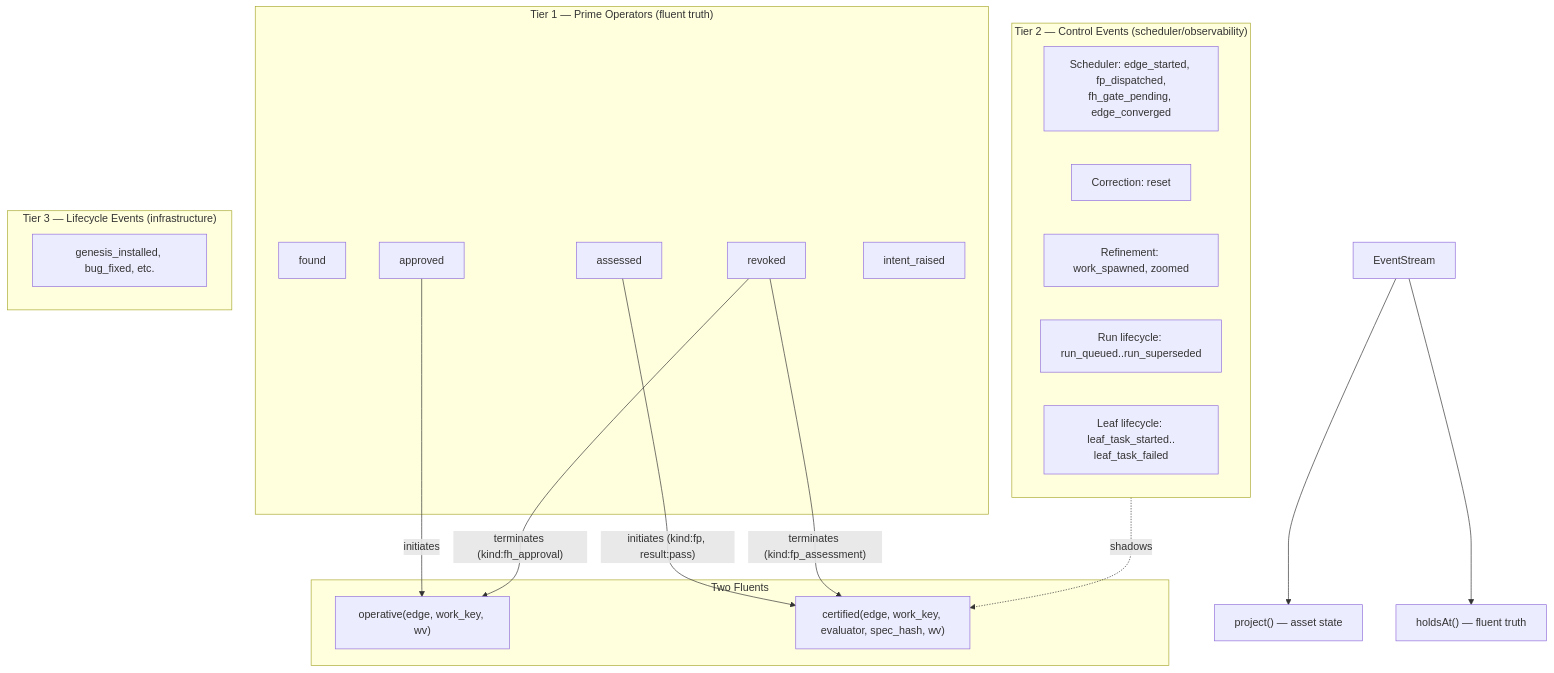
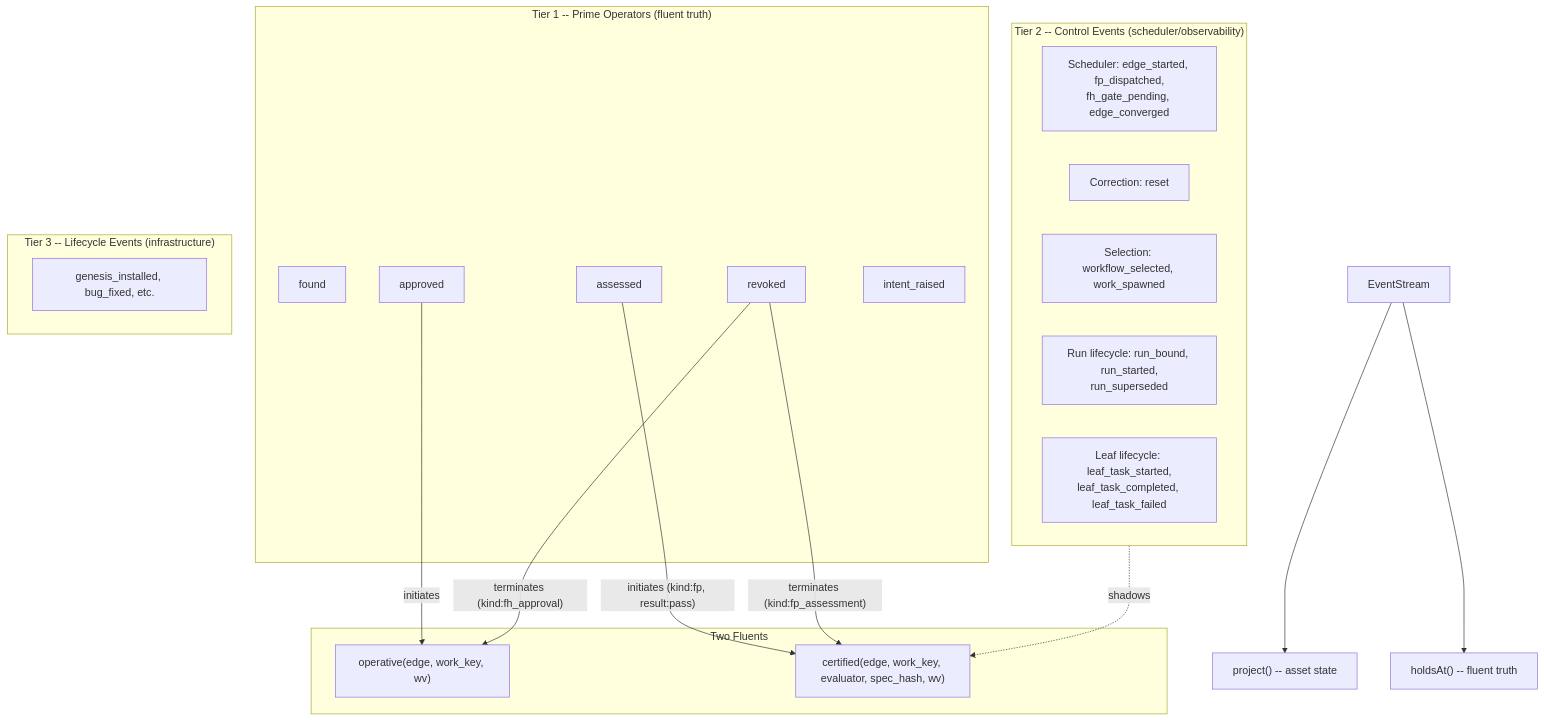
The fourth of 23 diagrams in docs/ABG_Design_Document.md (foolishimp/abiogenesis), drawn with Mermaid before and after one commit. The commit also changed other lines of this file and 90 other files, not shown here.

````diff
--- a/docs/ABG_Design_Document.md
+++ b/docs/ABG_Design_Document.md
@@ -233,37 +325,37 @@
 ```mermaid
 flowchart TD
-    subgraph Tier1["Tier 1 — Prime Operators (fluent truth)"]
+    subgraph Tier1["Tier 1 -- Prime Operators (fluent truth)"]
         F1[found]
         A1[approved]
         S1[assessed]
         R1[revoked]
         I1[intent_raised]
     end
 
-    subgraph Tier2["Tier 2 — Control Events (scheduler/observability)"]
+    subgraph Tier2["Tier 2 -- Control Events (scheduler/observability)"]
         direction LR
         C1["Scheduler: edge_started, fp_dispatched,\nfh_gate_pending, edge_converged"]
         C2["Correction: reset"]
-        C3["Refinement: work_spawned, zoomed"]
-        C4["Run lifecycle: run_queued..run_superseded"]
-        C5["Leaf lifecycle: leaf_task_started..\nleaf_task_failed"]
+        C3["Selection: workflow_selected, work_spawned"]
+        C4["Run lifecycle: run_bound, run_started,\nrun_superseded"]
+        C5["Leaf lifecycle: leaf_task_started,\nleaf_task_completed, leaf_task_failed"]
     end
 
-    subgraph Tier3["Tier 3 — Lifecycle Events (infrastructure)"]
+    subgraph Tier3["Tier 3 -- Lifecycle Events (infrastructure)"]
         L1["genesis_installed, bug_fixed, etc."]
     end
 
     subgraph Fluents["Two Fluents"]
         OP["operative(edge, work_key, wv)"]
         CF["certified(edge, work_key, evaluator, spec_hash, wv)"]
     end
 
     A1 -->|initiates| OP
     S1 -->|"initiates (kind:fp, result:pass)"| CF
     R1 -->|"terminates (kind:fh_approval)"| OP
     R1 -->|"terminates (kind:fp_assessment)"| CF
     C2 -.->|shadows| CF
 
-    ES[EventStream] --> PJ["project() — asset state"]
-    ES --> HA["holdsAt() — fluent truth"]
+    ES[EventStream] --> PJ["project() -- asset state"]
+    ES --> HA["holdsAt() -- fluent truth"]
 ```
````
